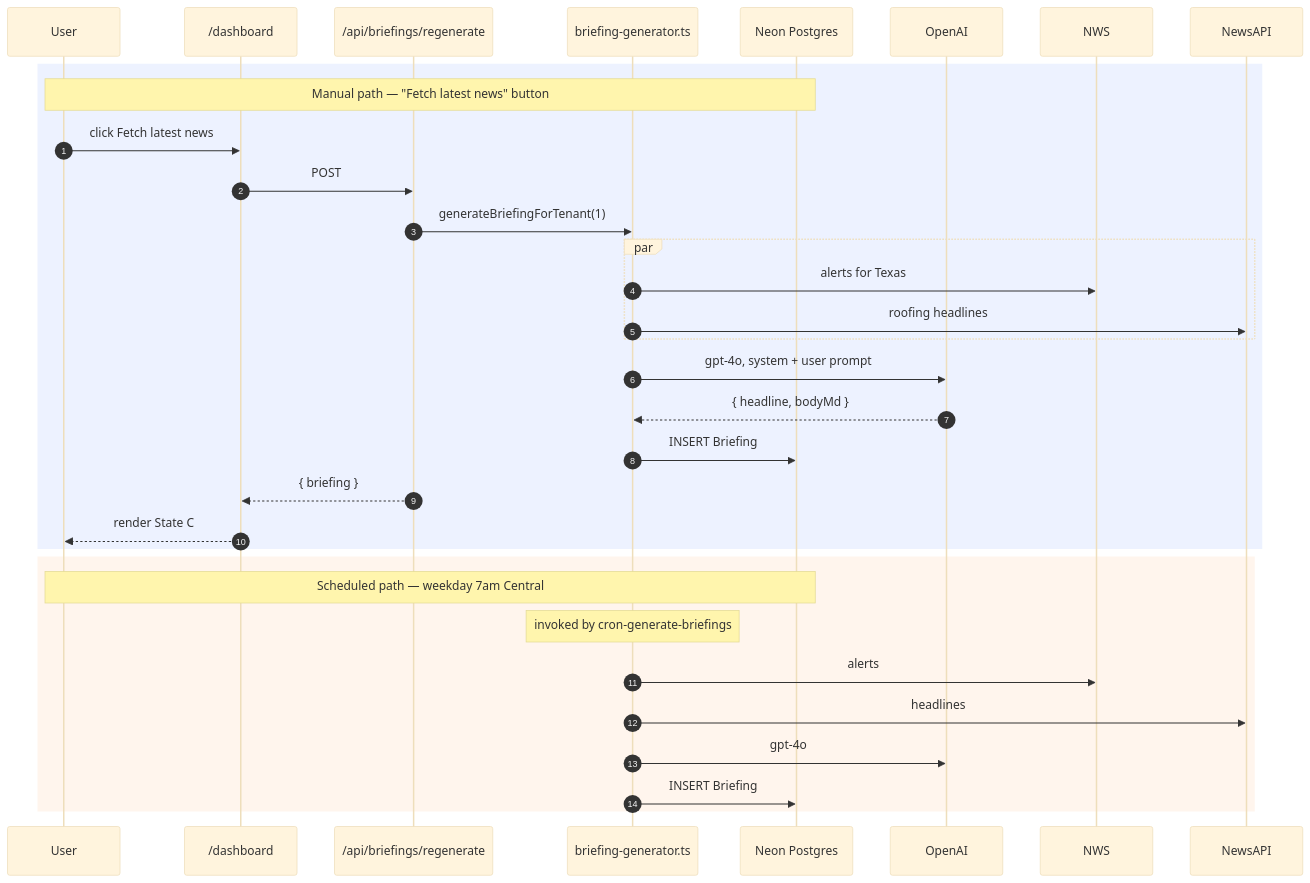
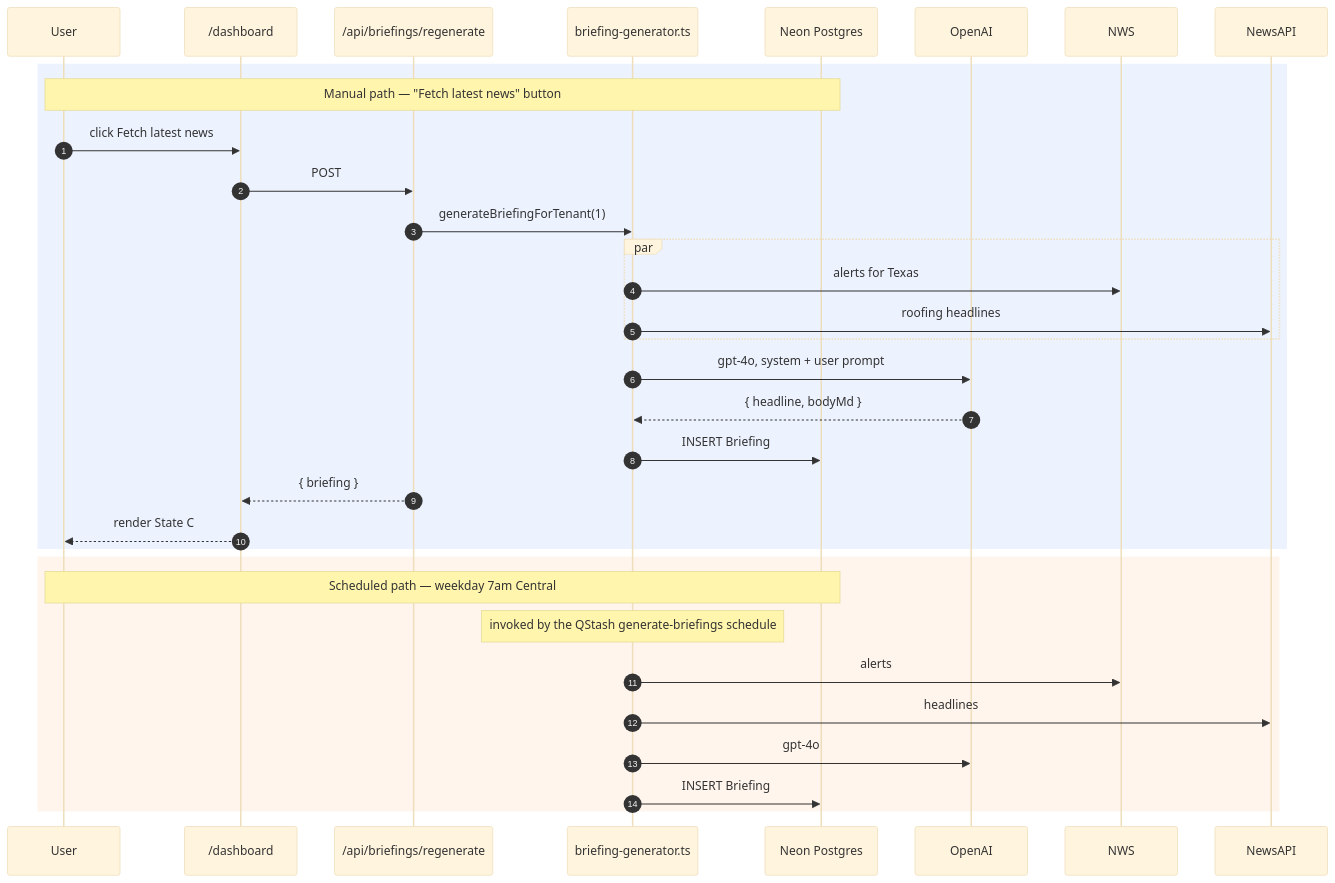
The second of 3 diagrams in docs/OPERATIONS.md (MakAnalyticsProjects/vera-mvp), drawn with Mermaid (base theme) before and after one commit. The commit also changed other lines of this file and 8 other files, not shown here.

````diff
--- a/docs/OPERATIONS.md
+++ b/docs/OPERATIONS.md
@@ -80,37 +80,37 @@
 ```mermaid
 sequenceDiagram
     autonumber
     participant User
     participant Dash as /dashboard
     participant API as /api/briefings/regenerate
     participant Gen as briefing-generator.ts
     participant DB as Neon Postgres
     participant OpenAI
     participant NWS
     participant News as NewsAPI
 
     rect rgba(220, 230, 255, 0.5)
     Note over User,DB: Manual path — "Fetch latest news" button
     User->>Dash: click Fetch latest news
     Dash->>API: POST
     API->>Gen: generateBriefingForTenant(1)
     par
       Gen->>NWS: alerts for Texas
       Gen->>News: roofing headlines
     end
     Gen->>OpenAI: gpt-4o, system + user prompt
     OpenAI-->>Gen: { headline, bodyMd }
     Gen->>DB: INSERT Briefing
     API-->>Dash: { briefing }
     Dash-->>User: render State C
     end
 
     rect rgba(255, 235, 220, 0.5)
     Note over User,DB: Scheduled path — weekday 7am Central
-    Note over Gen: invoked by cron-generate-briefings
+    Note over Gen: invoked by the QStash generate-briefings schedule
     Gen->>NWS: alerts
     Gen->>News: headlines
     Gen->>OpenAI: gpt-4o
     Gen->>DB: INSERT Briefing
     end
 ```
````
